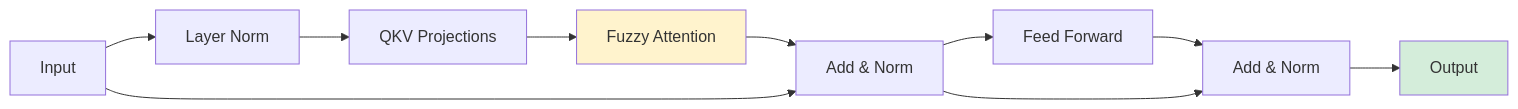
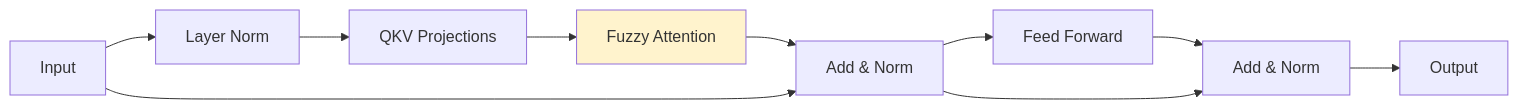
The fifth of 5 diagrams in docs/architecture.md (ruskaruma/fuzzformer), drawn with Mermaid before and after one commit. The commit also changed other lines of this file and 1 other file, not shown here.

Commit message:
docs: simplify README and fix architecture diagrams

````diff
--- a/docs/architecture.md
+++ b/docs/architecture.md
@@ -206,15 +100,14 @@
 ```mermaid
 graph LR
-    Input[Input] --> Norm1[Layer Norm]
+    Input --> Norm1[Layer Norm]
     Norm1 --> QKV[QKV Projections]
     QKV --> FA[Fuzzy Attention]
     FA --> Add1[Add & Norm]
     Input --> Add1
     Add1 --> FFN[Feed Forward]
     FFN --> Add2[Add & Norm]
     Add1 --> Add2
-    Add2 --> Output[Output]
+    Add2 --> Output
     
     style FA fill:#fff3cd
-    style Output fill:#d4edda
 ```
````
